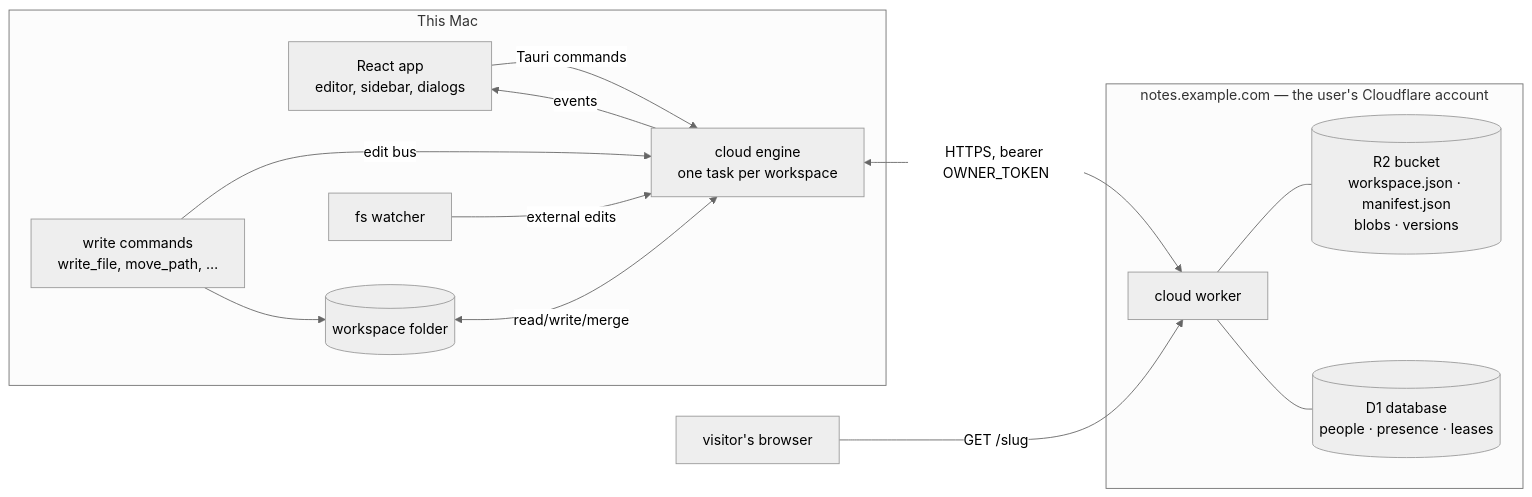
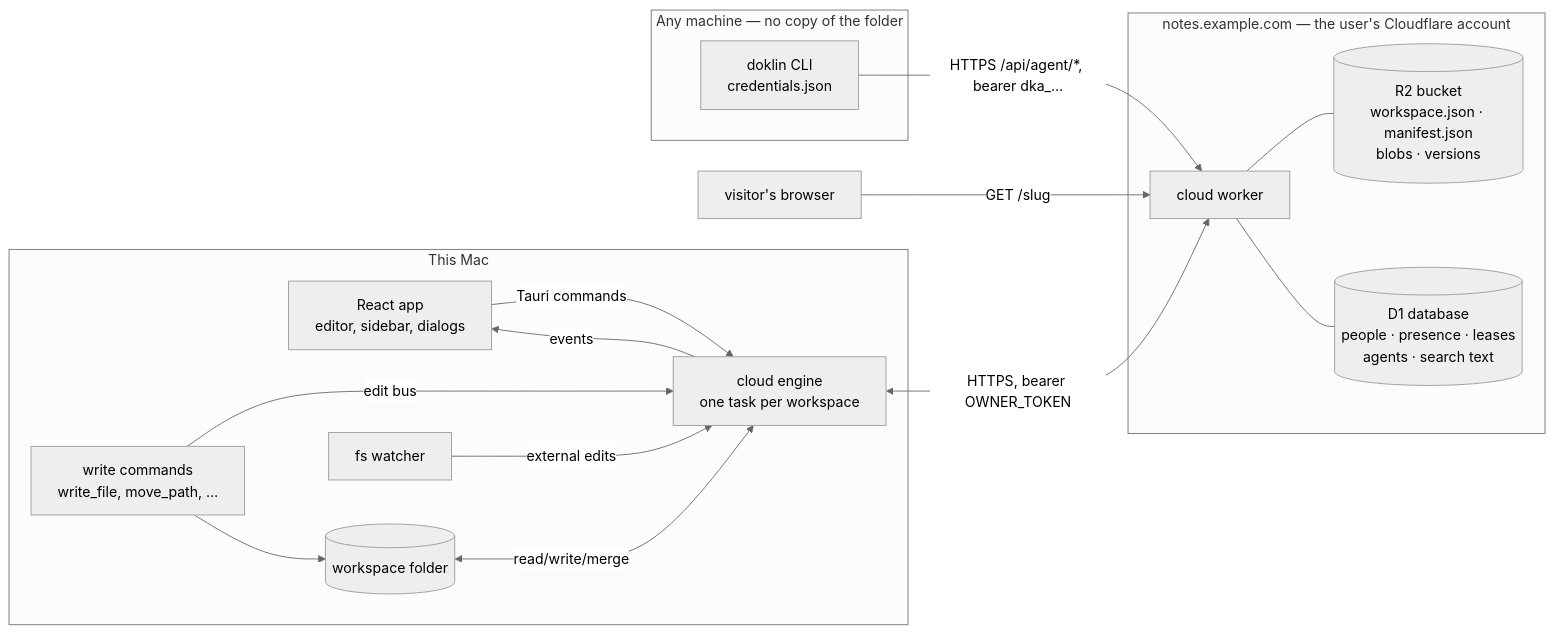
Before and after one commit to boat-builder/doklin: the first of 3 diagrams in docs/cloud.md, drawn with Mermaid (neutral theme). The commit also changed other lines of this file and 28 other files, not shown here.

First line of the commit message:
feat(cli): ship the doklin command; test the agent build; fold the plan into cloud.md

````diff
--- a/docs/cloud.md
+++ b/docs/cloud.md
@@ -100,17 +117,21 @@
 ```mermaid
 flowchart LR
   subgraph mac[This Mac]
     UI[React app<br/>editor, sidebar, dialogs] -- Tauri commands --> ENG
     ENG[cloud engine<br/>one task per workspace] -- events --> UI
     FS[(workspace folder)] <-- read/write/merge --> ENG
     WR[write commands<br/>write_file, move_path, …] -- edit bus --> ENG
     WR --> FS
     WATCH[fs watcher] -- external edits --> ENG
   end
   subgraph cf[notes.example.com — the user's Cloudflare account]
     W[cloud worker] --- R2[(R2 bucket<br/>workspace.json · manifest.json<br/>blobs · versions)]
-    W --- D1[(D1 database<br/>people · presence · leases)]
+    W --- D1[(D1 database<br/>people · presence · leases<br/>agents · search text)]
+  end
+  subgraph bot[Any machine — no copy of the folder]
+    CLI[doklin CLI<br/>credentials.json]
   end
   ENG <-- HTTPS, bearer OWNER_TOKEN --> W
+  CLI -- "HTTPS /api/agent/*, bearer dka_…" --> W
   V[visitor's browser] -- GET /slug --> W
 ```
````
